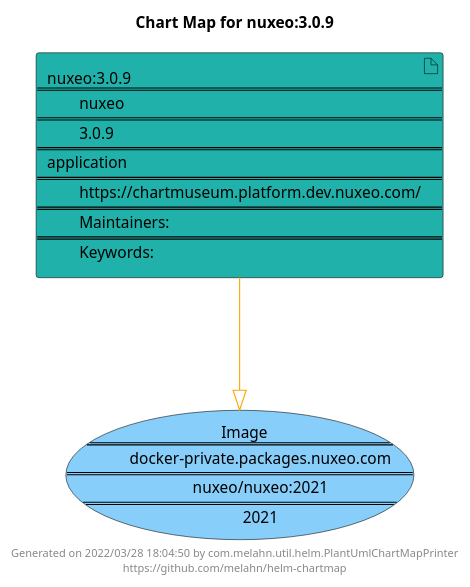
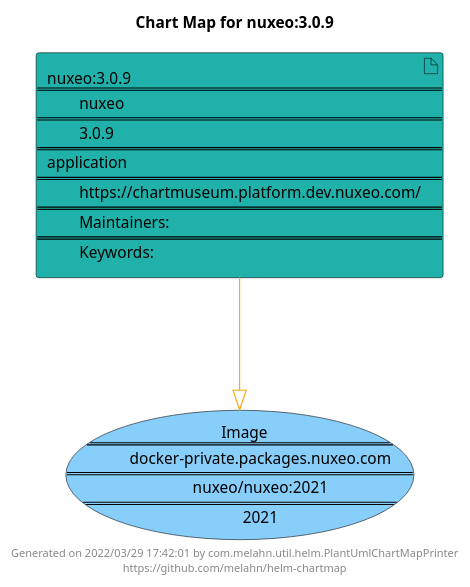
The diagram in docs/nuxeo/nuxeo-3.0.9.puml (melahn/helm-chartmap), drawn with PlantUML before and after one commit. The commit also changed 55 other files, not shown here.

Commit message:
Update Example Chart Maps as part of GitHub build

```diff
--- a/docs/nuxeo/nuxeo-3.0.9.puml
+++ b/docs/nuxeo/nuxeo-3.0.9.puml
@@ -1,21 +1,21 @@
 @startuml
 skinparam linetype ortho
 skinparam backgroundColor white
 skinparam usecaseBorderColor black
 skinparam usecaseArrowColor LightSlateGray
 skinparam artifactBorderColor black
 skinparam artifactArrowColor LightSlateGray
 
 title Chart Map for nuxeo:3.0.9
 
 'There is one referenced Helm Chart
 artifact "nuxeo:3.0.9\n====\n\tnuxeo\n====\n\t3.0.9\n====\napplication\n====\n\thttps://chartmuseum.platform.dev.nuxeo.com/\n====\n\tMaintainers: \n====\n\tKeywords: " as nuxeo_3_0_9 #LightSeaGreen
 
 'There is one referenced Docker Image
 usecase "Image\n====\n\tdocker-private.packages.nuxeo.com\n====\n\tnuxeo/nuxeo:2021\n====\n\t2021" as docker_private_packages_nuxeo_com_nuxeo_nuxeo_2021 #LightSkyBlue
 
 'Chart Dependencies
 nuxeo_3_0_9--[#orange]-|>docker_private_packages_nuxeo_com_nuxeo_nuxeo_2021
 
-center footer Generated on 2022/03/28 18:04:50 by com.melahn.util.helm.PlantUmlChartMapPrinter\nhttps://github.com/melahn/helm-chartmap
+center footer Generated on 2022/03/29 17:42:01 by com.melahn.util.helm.PlantUmlChartMapPrinter\nhttps://github.com/melahn/helm-chartmap
 @enduml
```
